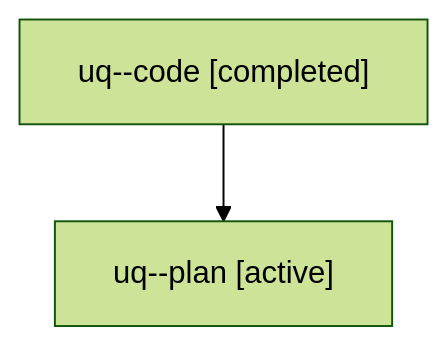
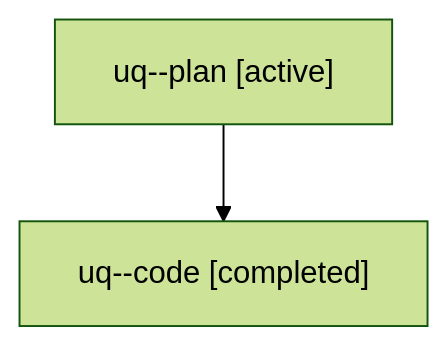
The diagram in families/bbugyi200.athena.uq.md (bobs-org/bob-cli--agents), drawn with Mermaid (forest theme) before and after one commit. The commit also changed 66 other files, not shown here.

````diff
--- a/families/bbugyi200.athena.uq.md
+++ b/families/bbugyi200.athena.uq.md
@@ -9,6 +9,6 @@
 ```mermaid
 flowchart TD
-  n0["uq--code [completed]"]
-  n1["uq--plan [active]"]
+  n0["uq--plan [active]"]
+  n1["uq--code [completed]"]
   n0 --> n1
 ```
````
